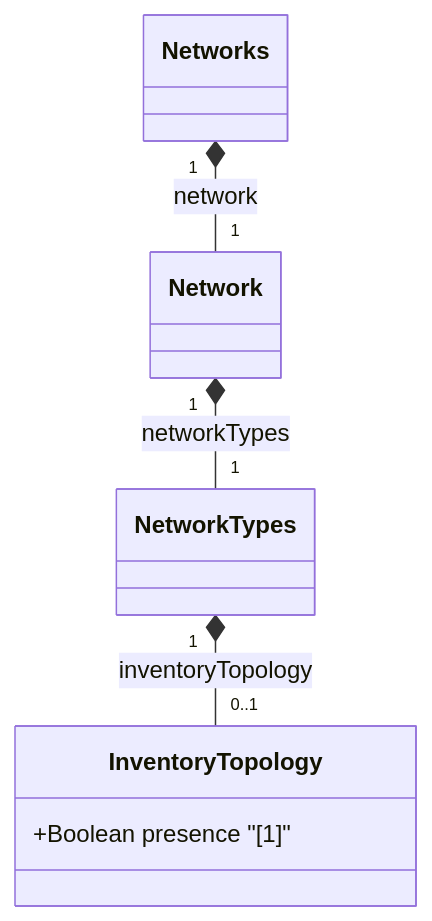
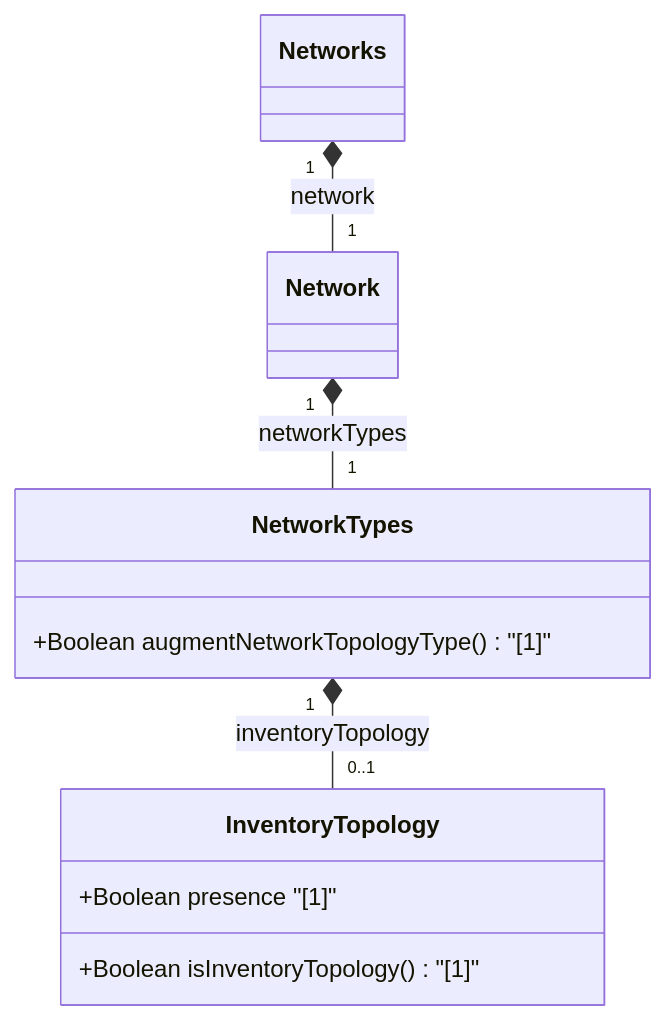
One commit to gintatkinson/3dgs-037 changed the diagram in docs/features/feat-17-network-inventory-topology-type-augment.md. Above: the diagram before and after it, drawn with Mermaid. The commit also changed 13 other files, not shown here.

Commit message:
docs: execute Phase 2 BDD User Stories for ietf-network-inventory-topology

````diff
--- a/docs/features/feat-17-network-inventory-topology-type-augment.md
+++ b/docs/features/feat-17-network-inventory-topology-type-augment.md
@@ -24,15 +24,17 @@
 ```mermaid
 classDiagram
     class Networks {
     }
     class Network {
     }
     class NetworkTypes {
+        +Boolean augmentNetworkTopologyType() "[1]"
     }
     class InventoryTopology {
+        +Boolean isInventoryTopology() "[1]"
         +Boolean presence "[1]"
     }
     Networks "1" *-- "1" Network : network
     Network "1" *-- "1" NetworkTypes : networkTypes
     NetworkTypes "1" *-- "0..1" InventoryTopology : inventoryTopology
 ```
````
